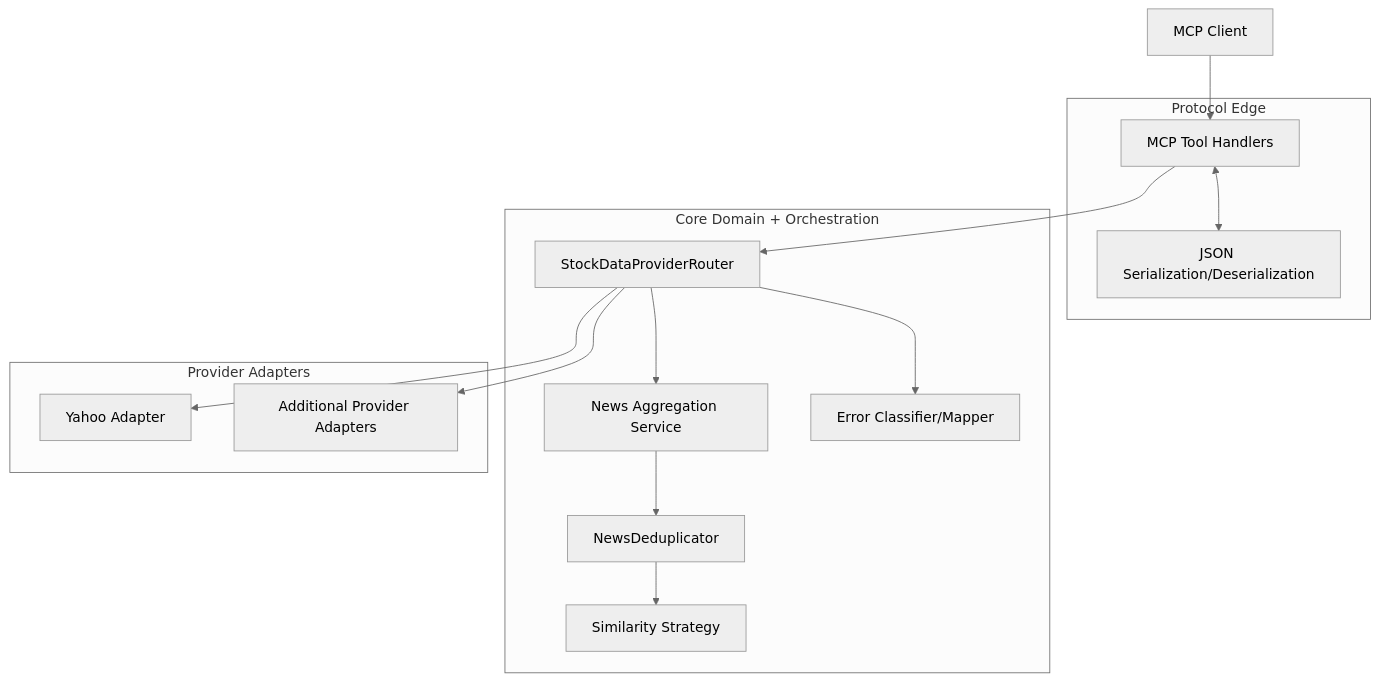
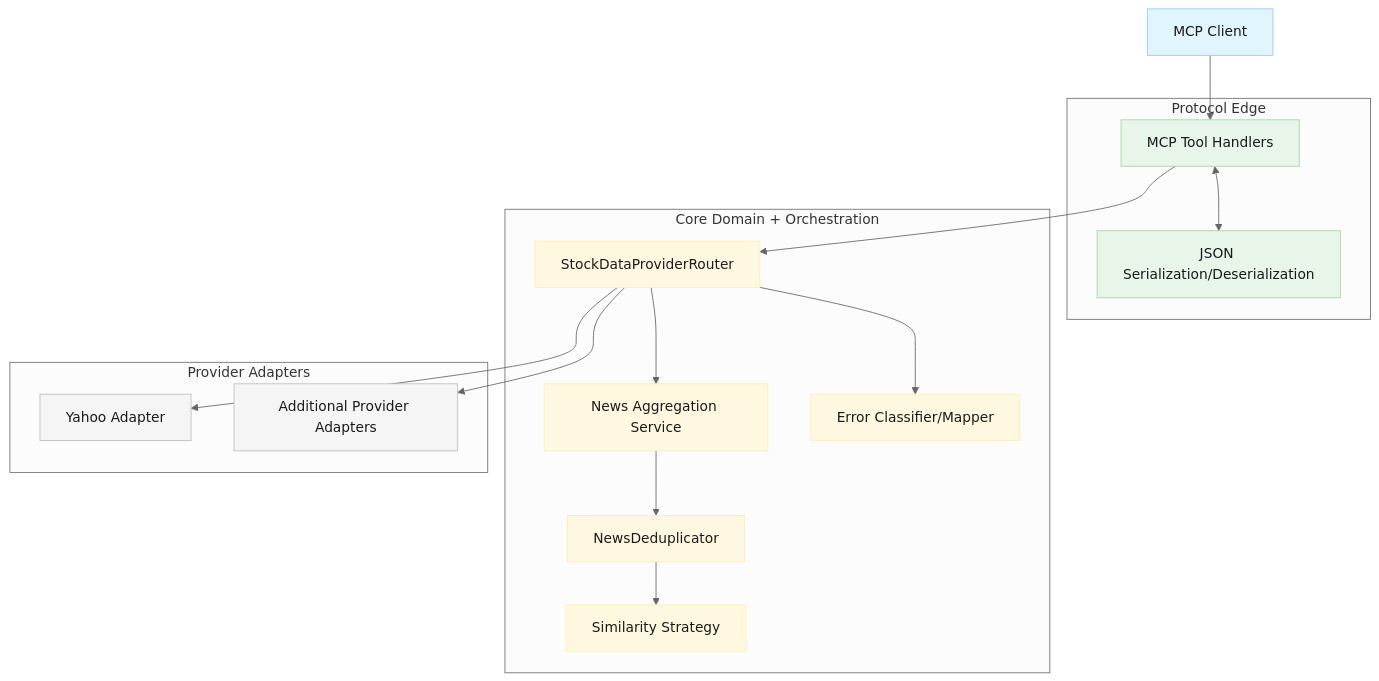
One commit to browmi03/StockData.Net changed the first of 5 diagrams in docs/architecture/stock-data-aggregation-canonical-architecture.md. Above: the diagram before and after it, drawn with Mermaid (neutral theme). The commit also changed other lines of this file and 9 other files, not shown here.

````diff
--- a/docs/architecture/stock-data-aggregation-canonical-architecture.md
+++ b/docs/architecture/stock-data-aggregation-canonical-architecture.md
@@ -56,32 +32,37 @@
 ```mermaid
 flowchart TB
-    Client[MCP Client]
+    Client[MCP Client]:::blue
 
     subgraph Protocol[Protocol Edge]
-        Handler[MCP Tool Handlers]
-        Serializer[JSON Serialization/Deserialization]
+        Handler[MCP Tool Handlers]:::green
+        Serializer[JSON Serialization/Deserialization]:::green
     end
 
     subgraph Core[Core Domain + Orchestration]
-        Router[StockDataProviderRouter]
-        NewsSvc[News Aggregation Service]
-        Dedup[NewsDeduplicator]
-        Strategy[Similarity Strategy]
-        Errors[Error Classifier/Mapper]
+        Router[StockDataProviderRouter]:::amber
+        NewsSvc[News Aggregation Service]:::amber
+        Dedup[NewsDeduplicator]:::amber
+        Strategy[Similarity Strategy]:::amber
+        Errors[Error Classifier/Mapper]:::amber
     end
 
     subgraph Providers[Provider Adapters]
-        P1[Yahoo Adapter]
-        P2[Additional Provider Adapters]
+        P1[Yahoo Adapter]:::gray
+        P2[Additional Provider Adapters]:::gray
     end
 
     Client --> Handler
     Handler <--> Serializer
     Handler --> Router
     Router --> NewsSvc
     NewsSvc --> Dedup
     Dedup --> Strategy
     Router --> Errors
     Router --> P1
     Router --> P2
+
+    classDef blue fill:#e1f5fe,stroke:#90caf9,color:#1a1a1a
+    classDef green fill:#e8f5e9,stroke:#a5d6a7,color:#1a1a1a
+    classDef amber fill:#fff8e1,stroke:#ffecb3,color:#1a1a1a
+    classDef gray fill:#f5f5f5,stroke:#bdbdbd,color:#1a1a1a
 ```
````
